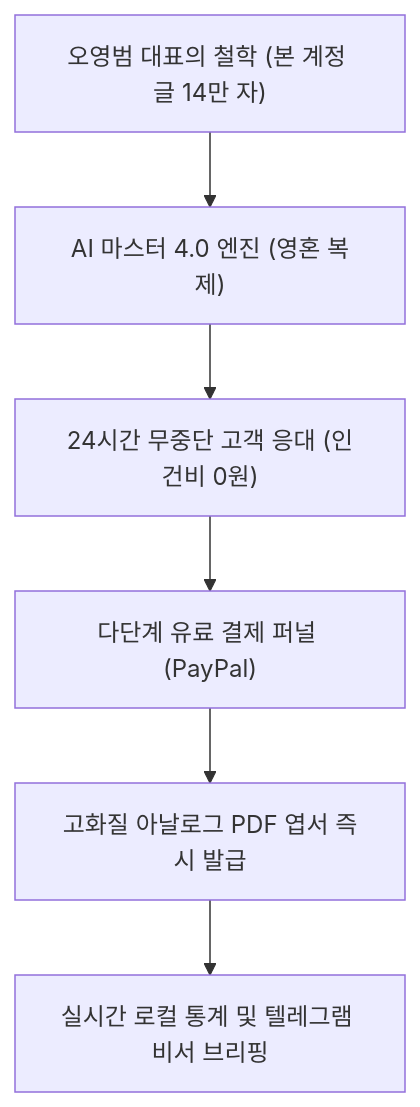
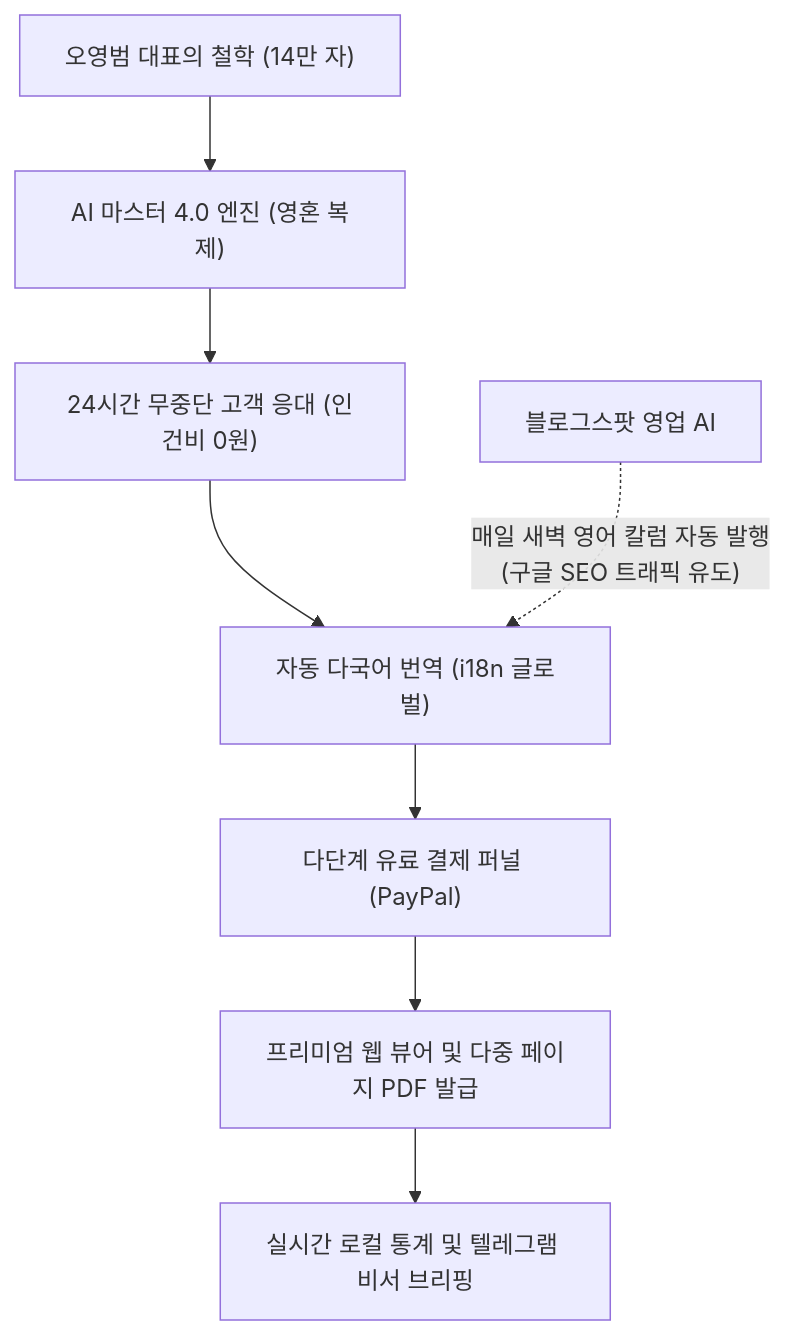
One commit to dhdudqja11-code/- changed the first of 2 diagrams in 마음을 묻다 소개.md. Above: the diagram before and after it, drawn with Mermaid. The commit also changed other lines of this file and 41 other files, not shown here.

````diff
--- a/마음을 묻다 소개.md
+++ b/마음을 묻다 소개.md
@@ -23,8 +23,11 @@
 ```mermaid
 graph TD
-    A["오영범 대표의 철학 (본 계정 글 14만 자)"] --> B["AI 마스터 4.0 엔진 (영혼 복제)"]
+    A["오영범 대표의 철학 (14만 자)"] --> B["AI 마스터 4.0 엔진 (영혼 복제)"]
     B --> C["24시간 무중단 고객 응대 (인건비 0원)"]
-    C --> D["다단계 유료 결제 퍼널 (PayPal)"]
-    D --> E["고화질 아날로그 PDF 엽서 즉시 발급"]
-    E --> F["실시간 로컬 통계 및 텔레그램 비서 브리핑"]
+    C --> D["자동 다국어 번역 (i18n 글로벌)"]
+    D --> E["다단계 유료 결제 퍼널 (PayPal)"]
+    E --> F["프리미엄 웹 뷰어 및 다중 페이지 PDF 발급"]
+    F --> G["실시간 로컬 통계 및 텔레그램 비서 브리핑"]
+    
+    H["블로그스팟 영업 AI"] -.->|"매일 새벽 영어 칼럼 자동 발행<br>(구글 SEO 트래픽 유도)"| D
 ```
````
